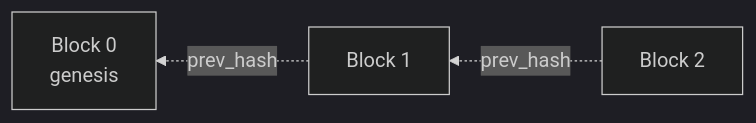
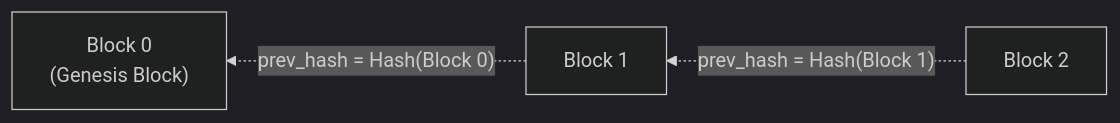
Before and after one commit to walidwh21/MiniChain: the fourth of 9 diagrams in README.md, drawn with Mermaid (dark theme). The commit also changed other lines of this file, not shown here.

````diff
--- a/README.md
+++ b/README.md
@@ -153,5 +165,5 @@
 ```mermaid
 flowchart RL
-    B2["Block 2"] -. prev_hash .-> B1["Block 1"]
-    B1 -. prev_hash .-> G["Block 0<br/>genesis"]
+    B2["Block 2"] -.->|"prev_hash = Hash(Block 1)"| B1["Block 1"]
+    B1 -.->|"prev_hash = Hash(Block 0)"| G["Block 0<br/>(Genesis Block)"]
 ```
````
